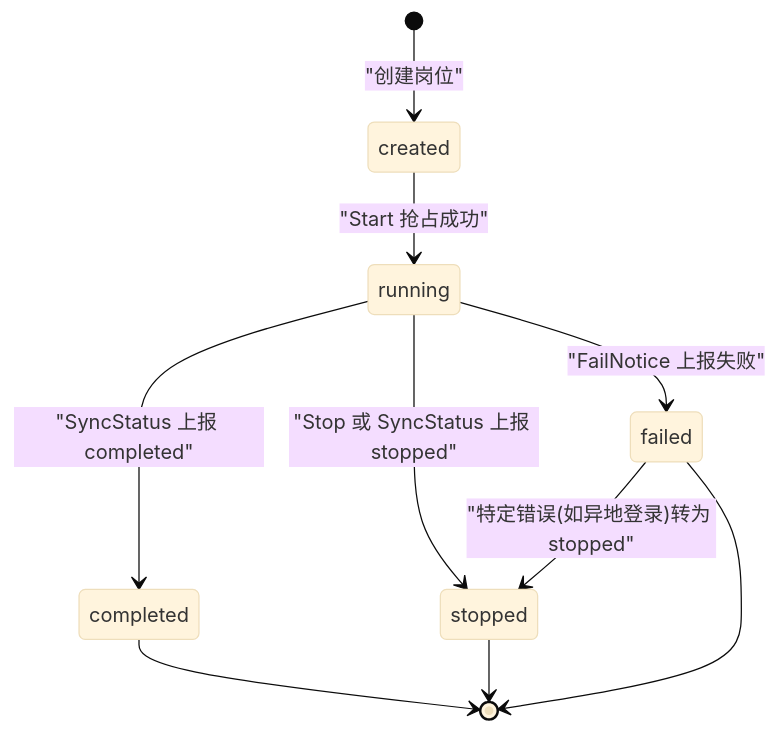
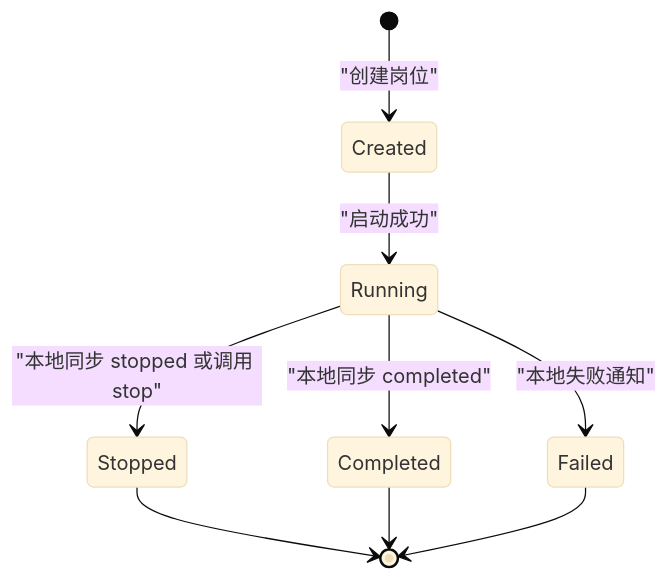
One commit to alvinwangzi/goodhr changed the eighth of 9 diagrams in .qoder/repowiki/zh/content/API接口文档/云端REST API/岗位管理API/岗位执行控制接口.md. Above: the diagram before and after it, drawn with Mermaid (base theme). The commit also changed other lines of this file and 149 other files, not shown here.

````diff
--- a/.qoder/repowiki/zh/content/API接口文档/云端REST API/岗位管理API/岗位执行控制接口.md
+++ b/.qoder/repowiki/zh/content/API接口文档/云端REST API/岗位管理API/岗位执行控制接口.md
@@ -175,12 +334,11 @@
 ```mermaid
 stateDiagram-v2
-[*] --> created : "创建岗位"
-created --> running : "Start 抢占成功"
-running --> completed : "SyncStatus 上报 completed"
-running --> stopped : "Stop 或 SyncStatus 上报 stopped"
-running --> failed : "FailNotice 上报失败"
-failed --> stopped : "特定错误(如异地登录)转为 stopped"
-completed --> [*]
-stopped --> [*]
-failed --> [*]
+[*] --> Created : "创建岗位"
+Created --> Running : "启动成功"
+Running --> Completed : "本地同步 completed"
+Running --> Stopped : "本地同步 stopped 或调用 stop"
+Running --> Failed : "本地失败通知"
+Stopped --> [*]
+Completed --> [*]
+Failed --> [*]
 ```
````
